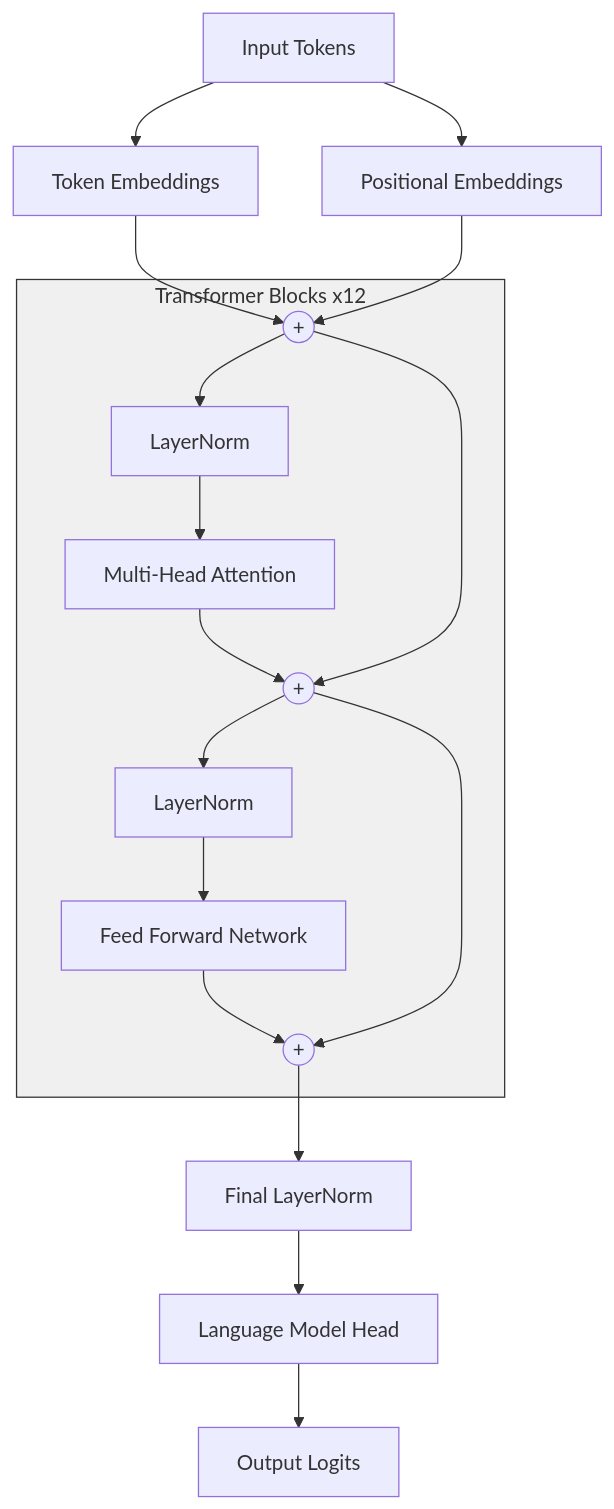
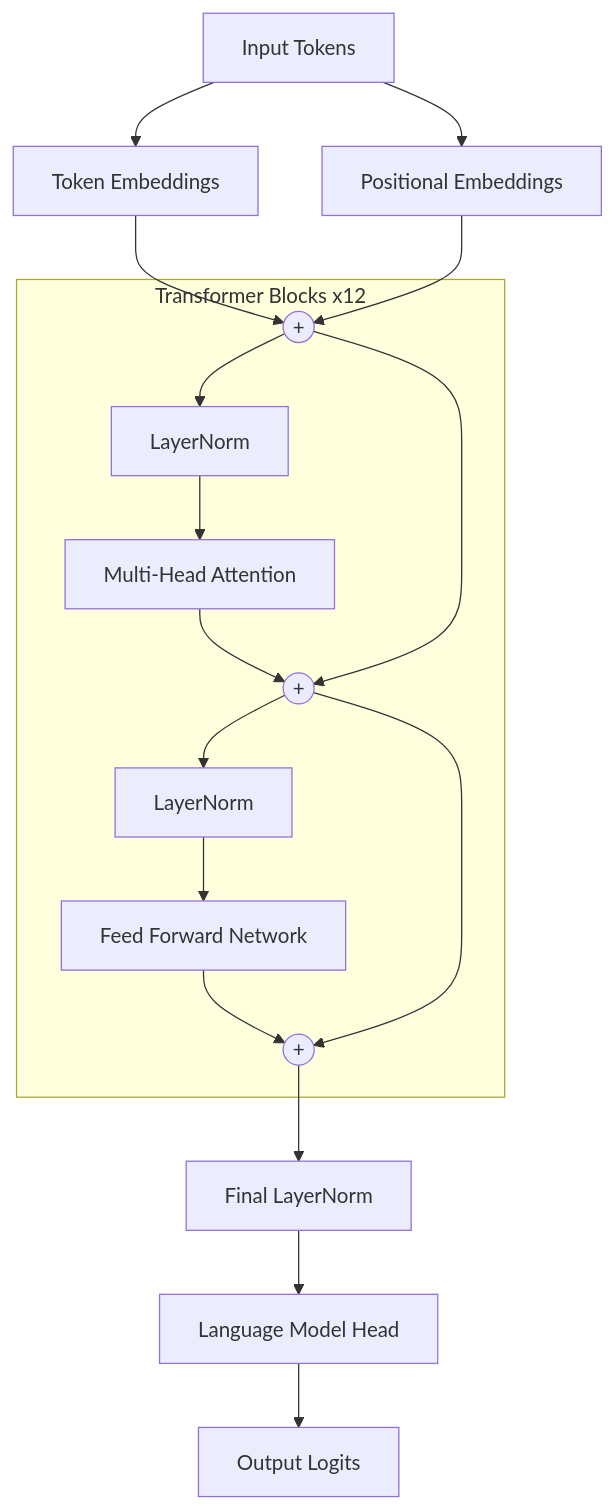
One commit to prateekcaire/GPT2-VictorianStories changed the first of 4 diagrams in victorian-stories-gpt/README.md. Above: the diagram before and after it, drawn with Mermaid.

Commit message:
fix model architecture

````diff
--- a/victorian-stories-gpt/README.md
+++ b/victorian-stories-gpt/README.md
@@ -45,23 +45,24 @@
 ```mermaid
 flowchart TB
     Input["Input Tokens"] --> TokenEmb["Token Embeddings"]
     Input --> PosEmb["Positional Embeddings"]
     
-    TokenEmb & PosEmb --> Add1(("+"))
+    TokenEmb --> Add1(("+"))
+    PosEmb --> Add1
     
     subgraph TransformerBlock["Transformer Blocks x12"]
-        Add1 --> Norm1["LayerNorm"]
-        Norm1 --> MHA["Multi-Head Attention"]
-        MHA & Add1 --> Add2(("+"))
+        Add1 --> LN1["LayerNorm"]
+        LN1 --> MHA["Multi-Head Attention"]
+        MHA --> Add2(("+"))
+        Add1 --> Add2
         
-        Add2 --> Norm2["LayerNorm"]
-        Norm2 --> FFN["Feed Forward Network"]
-        FFN & Add2 --> Add3(("+"))
+        Add2 --> LN2["LayerNorm"]
+        LN2 --> FFN["Feed Forward Network"]
+        FFN --> Add3(("+"))
+        Add2 --> Add3
     end
     
-    Add3 --> FinalNorm["Final LayerNorm"]
-    FinalNorm --> LMHead["Language Model Head"]
+    Add3 --> FinalLN["Final LayerNorm"]
+    FinalLN --> LMHead["Language Model Head"]
     LMHead --> Output["Output Logits"]
-
-    style TransformerBlock fill:#f0f0f0,stroke:#333,stroke-width:1px
 ```
````
